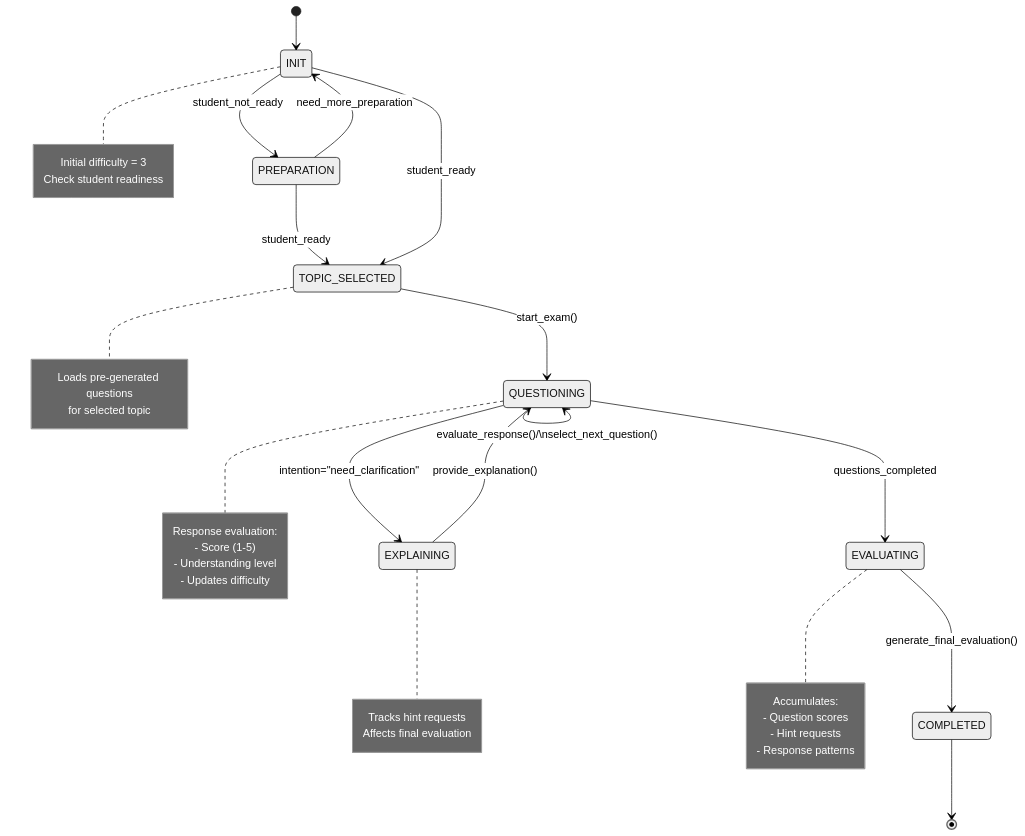
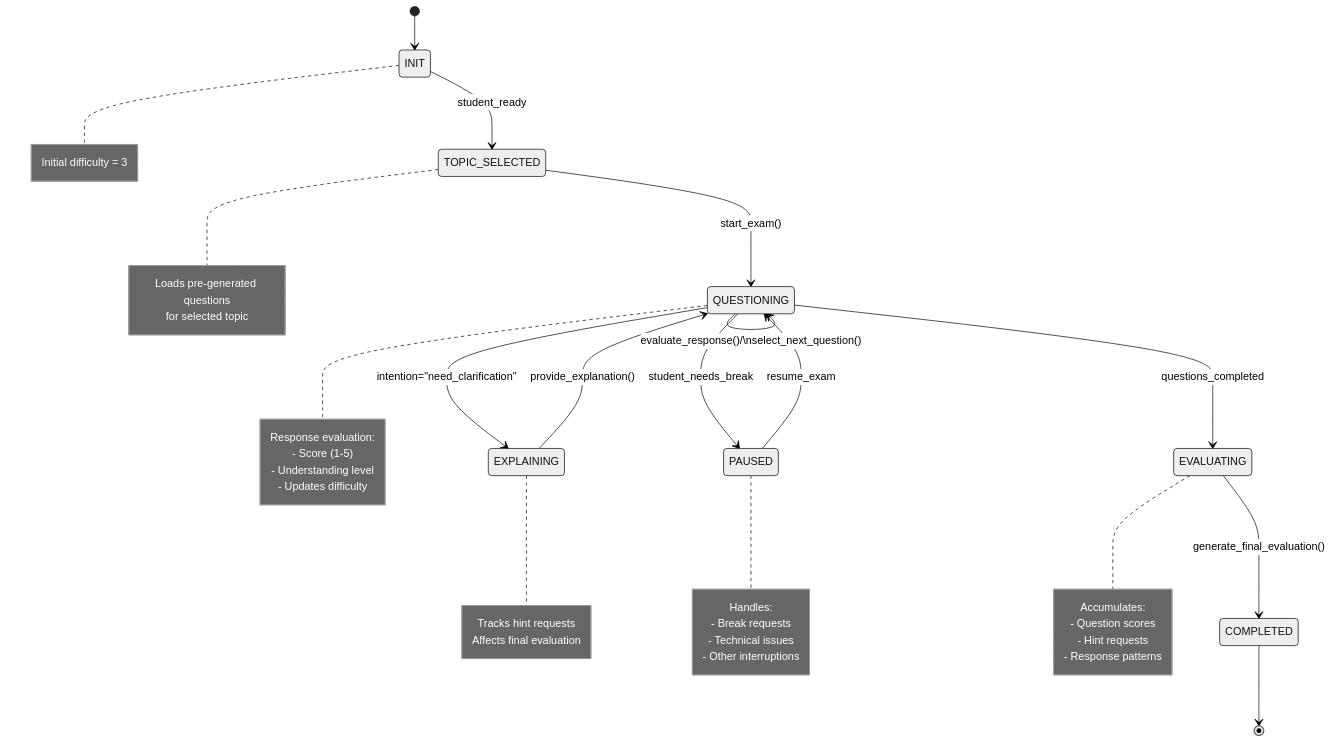
One commit to CHANHaochengZhang/chatexaminer changed the diagram in docs/StateMachine.md. Above: the diagram before and after it, drawn with Mermaid (neutral theme). The commit also changed other lines of this file and 2 other files, not shown here.

First line of the commit message:
feat: Update state machine to include PAUSED state and enhance documentation

````diff
--- a/docs/StateMachine.md
+++ b/docs/StateMachine.md
@@ -8,47 +8,51 @@
 ```mermaid
 stateDiagram-v2
     [*] --> INIT
 
-    INIT --> PREPARATION: student_not_ready
-    PREPARATION --> INIT: need_more_preparation
-    PREPARATION --> TOPIC_SELECTED: student_ready
-
     INIT --> TOPIC_SELECTED: student_ready
     note right of INIT
         Initial difficulty = 3
-        Check student readiness
     end note
 
     TOPIC_SELECTED --> QUESTIONING: start_exam()
     note right of TOPIC_SELECTED
         Loads pre-generated questions
         for selected topic
     end note
 
     QUESTIONING --> EXPLAINING: intention="need_clarification"
     EXPLAINING --> QUESTIONING: provide_explanation()
     note right of EXPLAINING
         Tracks hint requests
         Affects final evaluation
     end note
 
     QUESTIONING --> QUESTIONING: evaluate_response()/\nselect_next_question()
     note right of QUESTIONING
         Response evaluation:
         - Score (1-5)
         - Understanding level
         - Updates difficulty
     end note
 
+    QUESTIONING --> PAUSED: student_needs_break
+    PAUSED --> QUESTIONING: resume_exam
+    note right of PAUSED
+        Handles:
+        - Break requests
+        - Technical issues
+        - Other interruptions
+    end note
+
     QUESTIONING --> EVALUATING: questions_completed
     note right of EVALUATING
         Accumulates:
         - Question scores
         - Hint requests
         - Response patterns
     end note
 
     EVALUATING --> COMPLETED: generate_final_evaluation()
 
     COMPLETED --> [*]
 ```
````
